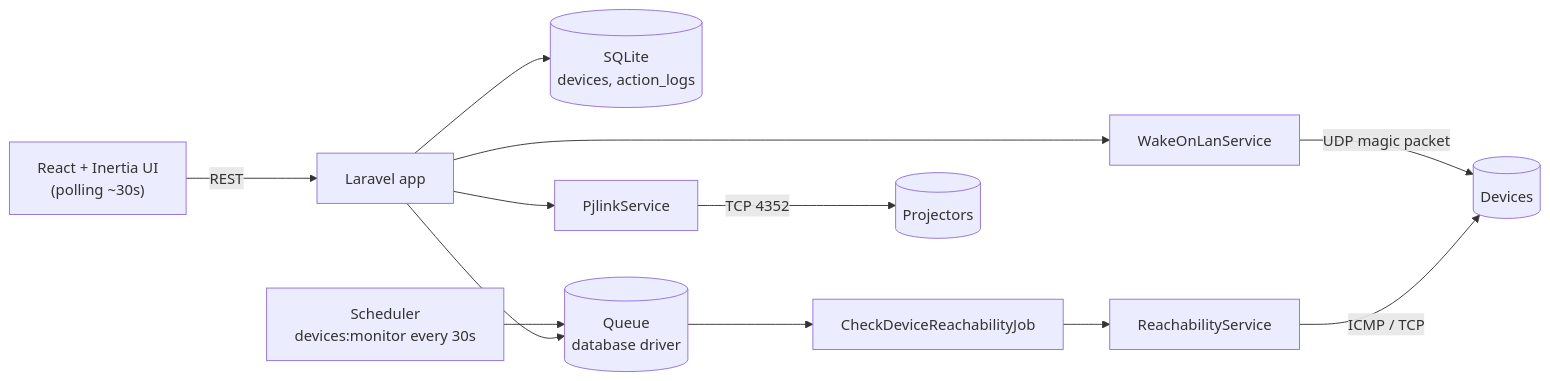
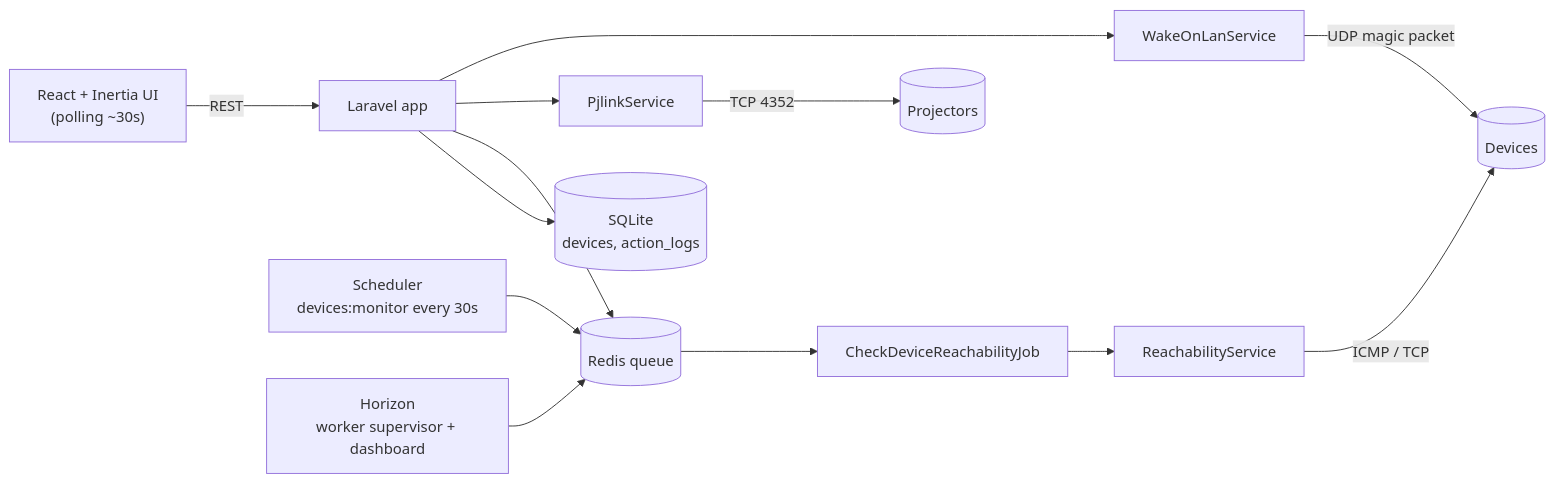
The first of 7 diagrams in README.md (kzamanbd/dpms), drawn with Mermaid before and after one commit. The commit also changed other lines of this file and 19 other files, not shown here.

First line of the commit message:
feat: add Horizon for Redis queue workers + monitoring

````diff
--- a/README.md
+++ b/README.md
@@ -40,14 +40,15 @@
 ```mermaid
 flowchart LR
     UI["React + Inertia UI<br/>(polling ~30s)"] -->|"REST"| API["Laravel app"]
     API --> DB[("SQLite<br/>devices, action_logs")]
-    API --> Q[("Queue<br/>database driver")]
+    API --> Q[("Redis queue")]
     SCHED["Scheduler<br/>devices:monitor every 30s"] --> Q
+    HZN["Horizon<br/>worker supervisor + dashboard"] --> Q
     Q --> JOB["CheckDeviceReachabilityJob"]
     JOB --> REACH["ReachabilityService"]
     API --> PJ["PjlinkService"]
     API --> WOL["WakeOnLanService"]
     REACH -->|"ICMP / TCP"| DEV[("Devices")]
     PJ -->|"TCP 4352"| PROJ[("Projectors")]
     WOL -->|"UDP magic packet"| DEV
 ```
````
